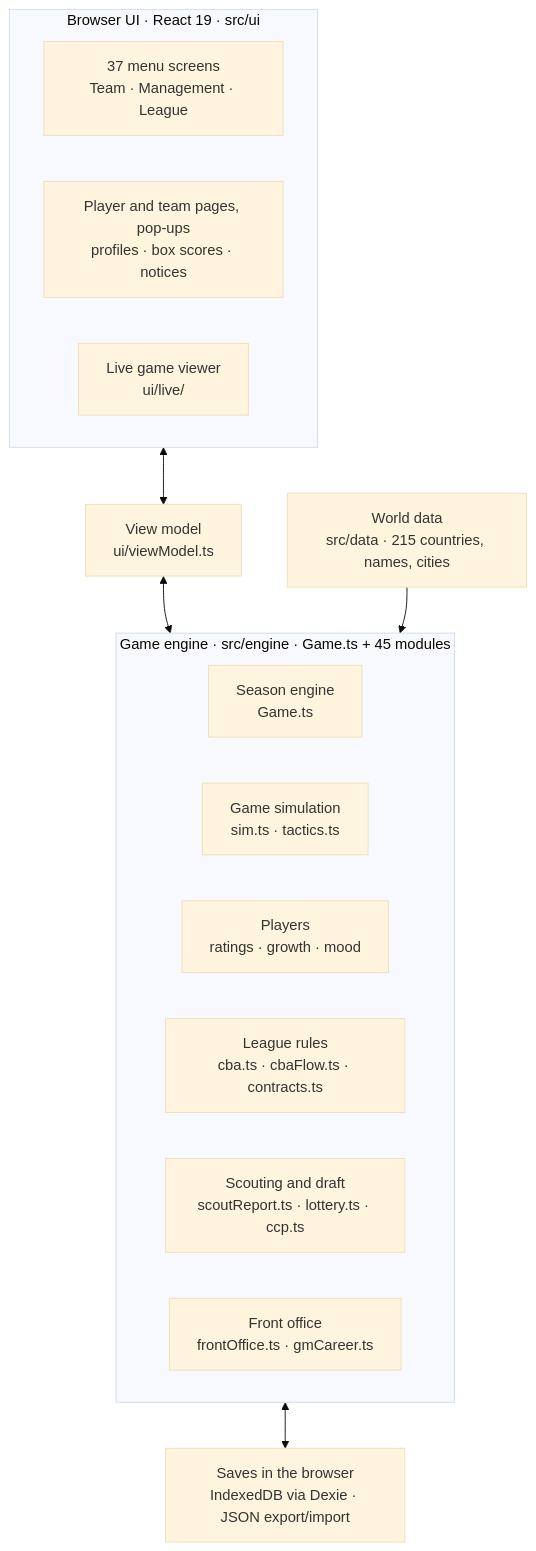
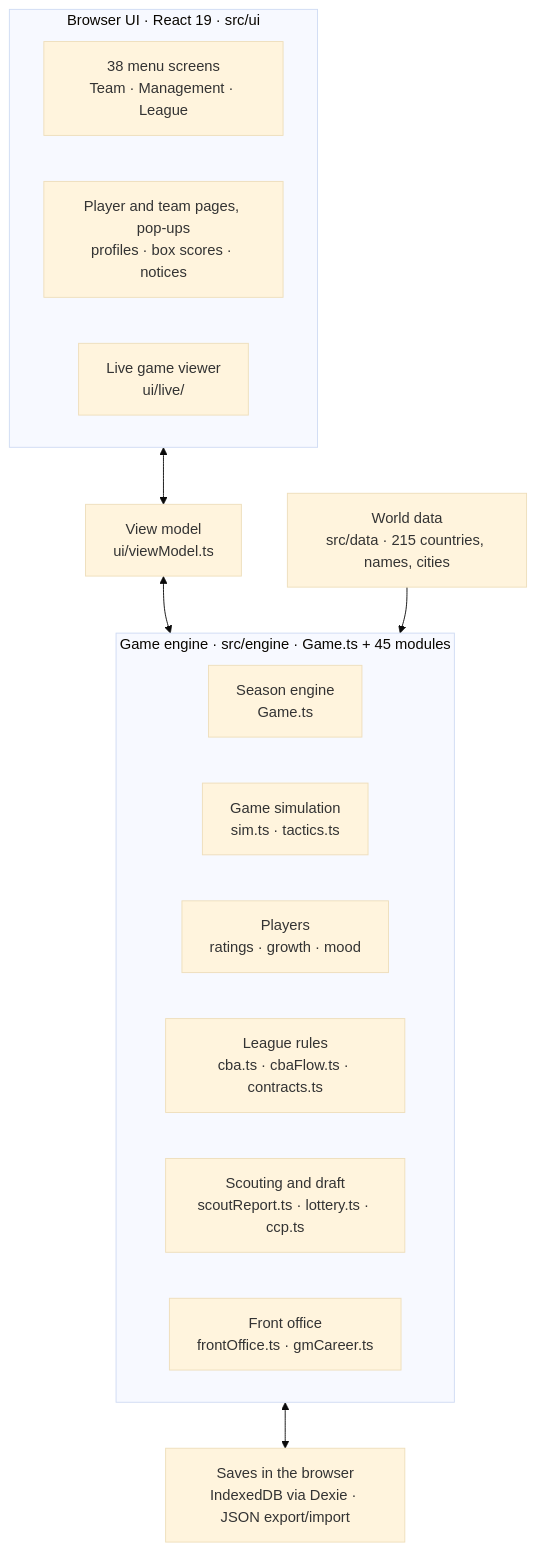
Before and after one commit to swagman1337qq/basketball: the first of 2 diagrams in docs/FEATURE_MAP.md, drawn with Mermaid (base theme). The commit also changed other lines of this file and 7 other files, not shown here.

````diff
--- a/docs/FEATURE_MAP.md
+++ b/docs/FEATURE_MAP.md
@@ -15,23 +15,23 @@
 ```mermaid
 flowchart TD
   subgraph UI["Browser UI · React 19 · src/ui"]
-    Screens["37 menu screens<br/>Team · Management · League"]
+    Screens["38 menu screens<br/>Team · Management · League"]
     Pages["Player and team pages, pop-ups<br/>profiles · box scores · notices"]
     Live["Live game viewer<br/>ui/live/"]
   end
   VM["View model<br/>ui/viewModel.ts"]
   subgraph Engine["Game engine · src/engine · Game.ts + 45 modules"]
     Season["Season engine<br/>Game.ts"]
     Sim["Game simulation<br/>sim.ts · tactics.ts"]
     Players["Players<br/>ratings · growth · mood"]
     Rules["League rules<br/>cba.ts · cbaFlow.ts · contracts.ts"]
     Scout["Scouting and draft<br/>scoutReport.ts · lottery.ts · ccp.ts"]
     FO["Front office<br/>frontOffice.ts · gmCareer.ts"]
   end
   Data["World data<br/>src/data · 215 countries, names, cities"]
   Saves["Saves in the browser<br/>IndexedDB via Dexie · JSON export/import"]
   UI <--> VM
   VM <--> Engine
   Data --> Engine
   Engine <--> Saves
 ```
````
